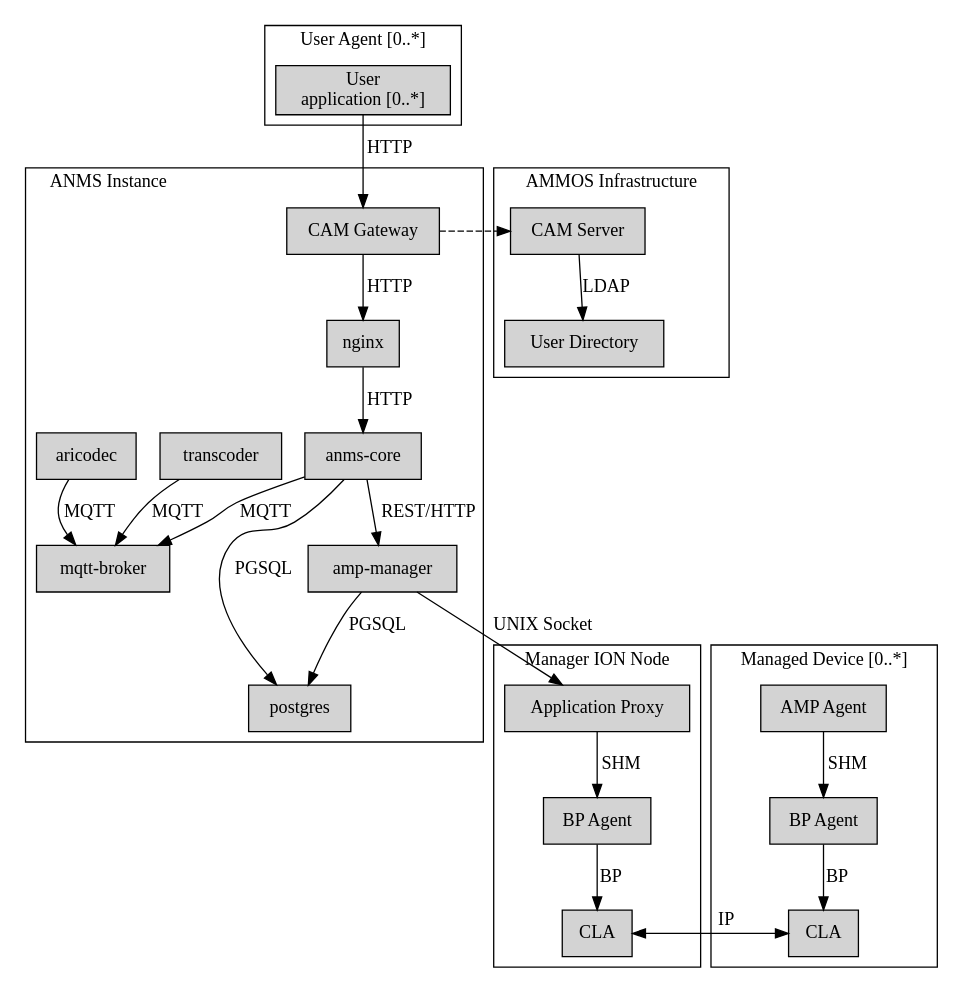
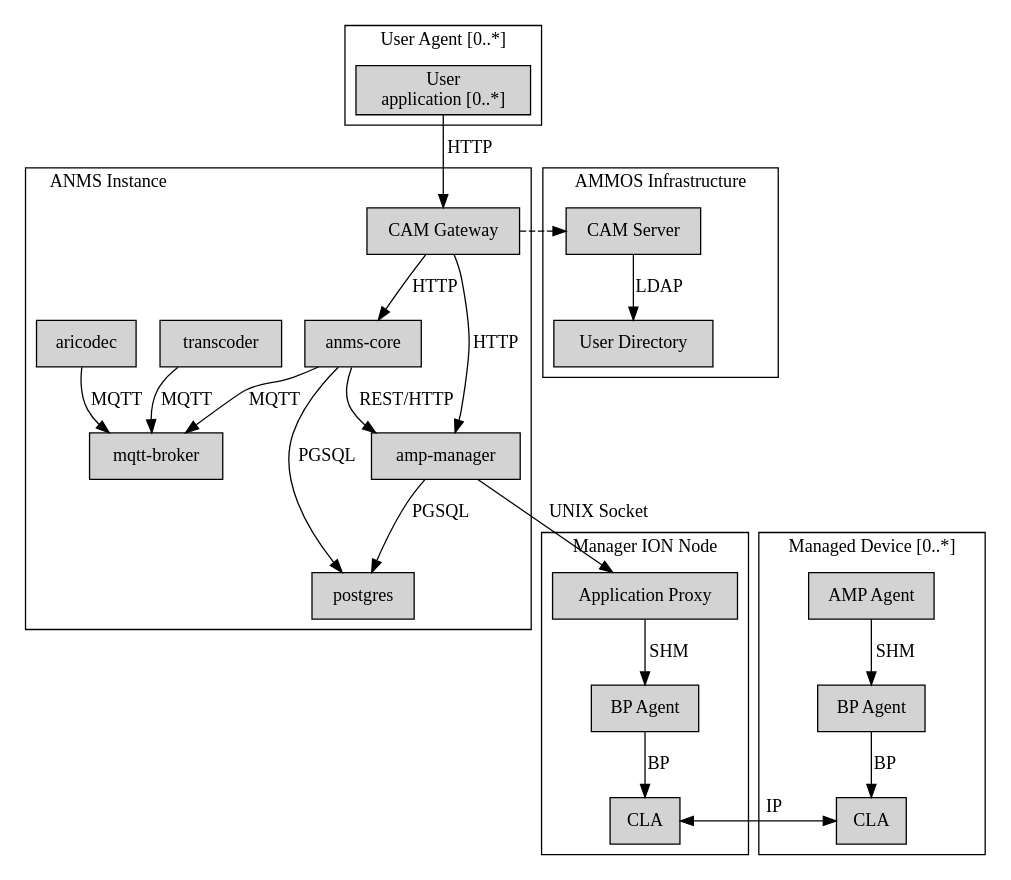
Before and after one commit to NASA-AMMOS/anms-docs: the diagram in product-guide/anms-light-protocol.gv, drawn with Graphviz. The commit also changed 3 other files, not shown here.

```diff
--- a/product-guide/anms-light-protocol.gv
+++ b/product-guide/anms-light-protocol.gv
@@ -1,74 +1,73 @@
 digraph AMMOS {
   node [shape=box,style=filled];
   newrank=true;
 
   subgraph cluster_ANMS {
     label="ANMS Instance";
     labeljust=l;
 
     authnz [label="CAM Gateway" group=main];
-    nginx [group=main];
-    authnz -> nginx [label="HTTP"];
 
     anms_core [label="anms-core" group=main];
     transcoder [label="transcoder"];
     aricodec [label="aricodec"];
     mqtt_broker [label="mqtt-broker"];
     amp_manager [label="amp-manager", group=main];
 
     postgres;
 
-    nginx -> anms_core [label="HTTP"];
+    authnz -> anms_core [label="HTTP"];
     anms_core -> postgres [label="PGSQL"];
     anms_core -> amp_manager [label="REST/HTTP"];
     anms_core -> mqtt_broker [label="MQTT"];
     transcoder -> mqtt_broker [label="MQTT"];
     aricodec -> mqtt_broker [label="MQTT"];
 
+    authnz -> amp_manager [label="HTTP"];
     amp_manager -> postgres [label="PGSQL"];
   }
 
   subgraph cluster_infra {
     label="AMMOS Infrastructure";
 
     cam_server [label="CAM Server"];
     ldap_server [label="User Directory"];
     
     cam_server -> ldap_server [label="LDAP"];
   }
   authnz -> cam_server [style=dashed];
 
   subgraph cluster_user_agent {
     label="User Agent [0..*]";
 
     proxy [label="User\napplication [0..*]"];
     proxy -> authnz [label="HTTP"];
   }
   
   subgraph cluster_ion {
     label="Manager ION Node";
 
     app_proxy [label="Application Proxy"];
     bp_manager [label="BP Agent"];
     cla_manager [label="CLA"];
     
     app_proxy -> bp_manager [label="SHM"];
     bp_manager -> cla_manager [label="BP"];
   }
   amp_manager -> app_proxy [label="UNIX Socket"];
 
   subgraph cluster_agents {
     label="Managed Device [0..*]";
 
     amp_agent [label="AMP Agent"];
     bp_managed [label="BP Agent"];
     cla_managed [label="CLA"];
 
     amp_agent -> bp_managed [label="SHM"];
     bp_managed -> cla_managed [label="BP"];
   }
   cla_manager -> cla_managed [label="        IP",dir=both,constraint=false];
   
   { rank = same; authnz; cam_server; }
   { rank = same; app_proxy; amp_agent; }
 }
```
